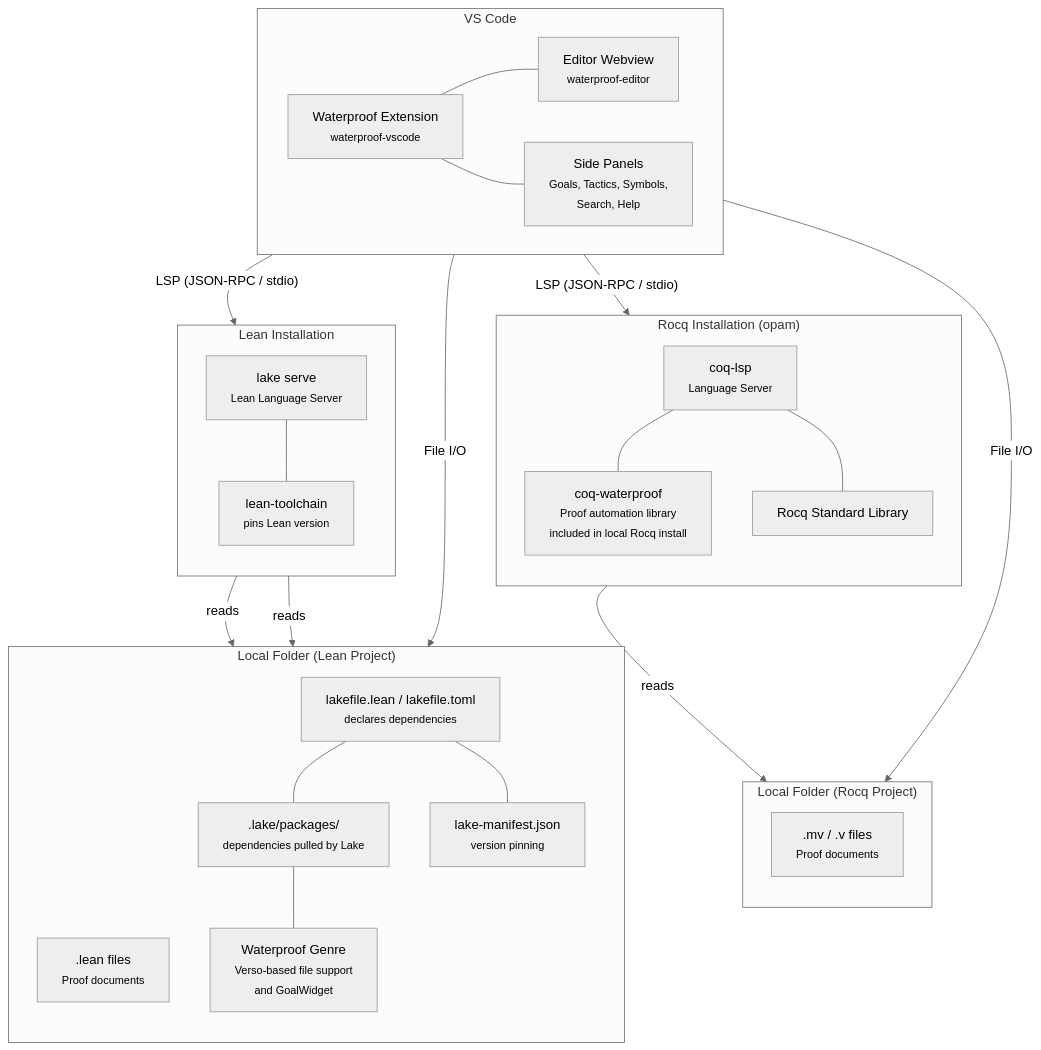
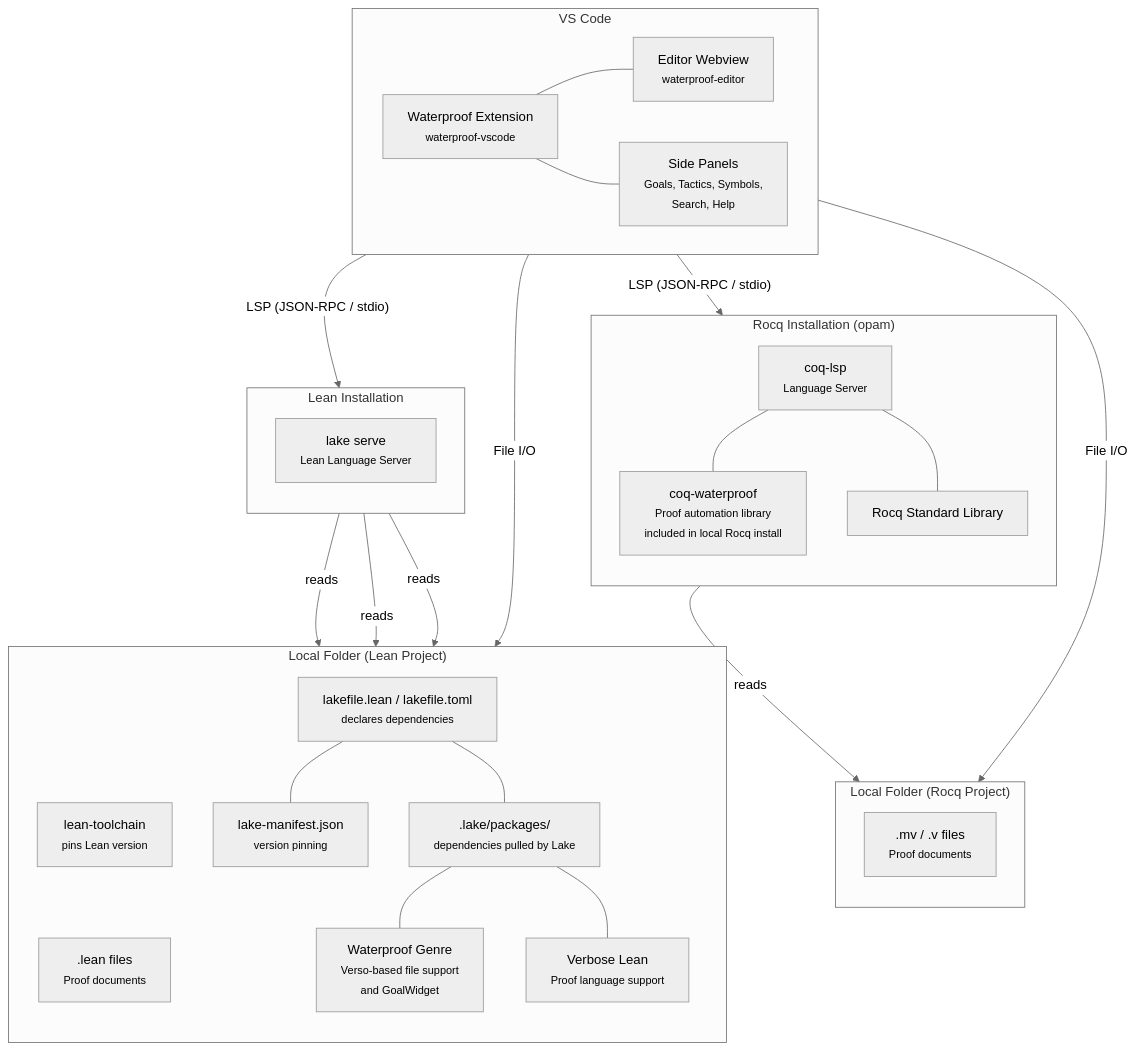
The second of 2 diagrams in developer-resources/architecture.md (impermeable/waterproof-vscode), drawn with Mermaid (neutral theme) before and after one commit. The commit also changed other lines of this file, not shown here.

Commit message:
Proofreading

````diff
--- a/developer-resources/architecture.md
+++ b/developer-resources/architecture.md
@@ -94,62 +94,64 @@
 ```mermaid
 graph TB
     subgraph "VS Code"
         direction LR
         WP_EXT["Waterproof Extension<br/><small>waterproof-vscode</small>"]
         EDITOR_WV["Editor Webview<br/><small>waterproof-editor</small>"]
         SIDE_PANELS["Side Panels<br/><small>Goals, Tactics, Symbols,<br/>Search, Help</small>"]
 
         WP_EXT --- EDITOR_WV
         WP_EXT --- SIDE_PANELS
     end
 
     subgraph "Rocq Installation (opam)"
         direction TB
         COQ_LSP["coq-lsp<br/><small>Language Server</small>"]
         COQ_WP["coq-waterproof<br/><small>Proof automation library<br/>included in local Rocq install</small>"]
         COQ_STDLIB["Rocq Standard Library"]
 
         COQ_LSP --- COQ_WP
         COQ_LSP --- COQ_STDLIB
     end
 
     subgraph "Lean Installation"
         direction TB
         LEAN_LSP["lake serve<br/><small>Lean Language Server</small>"]
-        LEAN_TOOLCHAIN["lean-toolchain<br/><small>pins Lean version</small>"]
-
-        LEAN_LSP --- LEAN_TOOLCHAIN
     end
 
     subgraph "Local Folder (Rocq Project)"
         direction TB
         MV_FILES[".mv / .v files<br/><small>Proof documents</small>"]
     end
 
     subgraph "Local Folder (Lean Project)"
         direction TB
         LEAN_FILES[".lean files<br/><small>Proof documents</small>"]
         LAKE_CFG["lakefile.lean / lakefile.toml<br/><small>declares dependencies</small>"]
         LAKE_MANIFEST["lake-manifest.json<br/><small>version pinning</small>"]
         LAKE_PKGS[".lake/packages/<br/><small>dependencies pulled by Lake</small>"]
         WP_GENRE["Waterproof Genre<br/><small>Verso-based file support<br/>and GoalWidget</small>"]
+        VERBOSE_LEAN["Verbose Lean<br/><small>Proof language support</small>"]
+
+        LEAN_TOOLCHAIN["lean-toolchain<br/><small>pins Lean version</small>"]
 
         LAKE_CFG --- LAKE_PKGS
         LAKE_CFG --- LAKE_MANIFEST
         LAKE_PKGS --- WP_GENRE
+        LAKE_PKGS --- VERBOSE_LEAN
     end
 
     WP_EXT -- "LSP (JSON-RPC / stdio)" --> COQ_LSP
     WP_EXT -- "LSP (JSON-RPC / stdio)" --> LEAN_LSP
     COQ_LSP -- "reads" --> MV_FILES
     LEAN_LSP -- "reads" --> LEAN_FILES
     LEAN_LSP -- "reads" --> LAKE_CFG
+    LEAN_LSP -- "reads" --> LEAN_TOOLCHAIN
     WP_EXT -- "File I/O" --> MV_FILES
     WP_EXT -- "File I/O" --> LEAN_FILES
 
     %% Force vertical layout: VS Code above installations, installations above local folders
     EDITOR_WV ~~~ COQ_LSP
     SIDE_PANELS ~~~ LEAN_LSP
     COQ_WP ~~~ MV_FILES
     LEAN_TOOLCHAIN ~~~ LEAN_FILES
 ```
````
